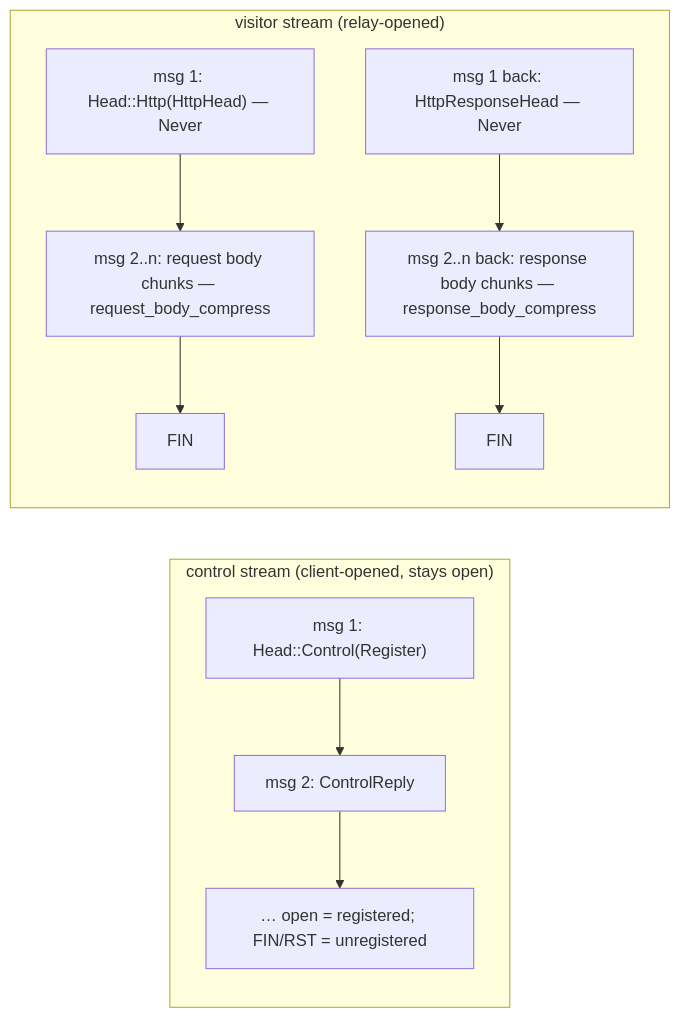
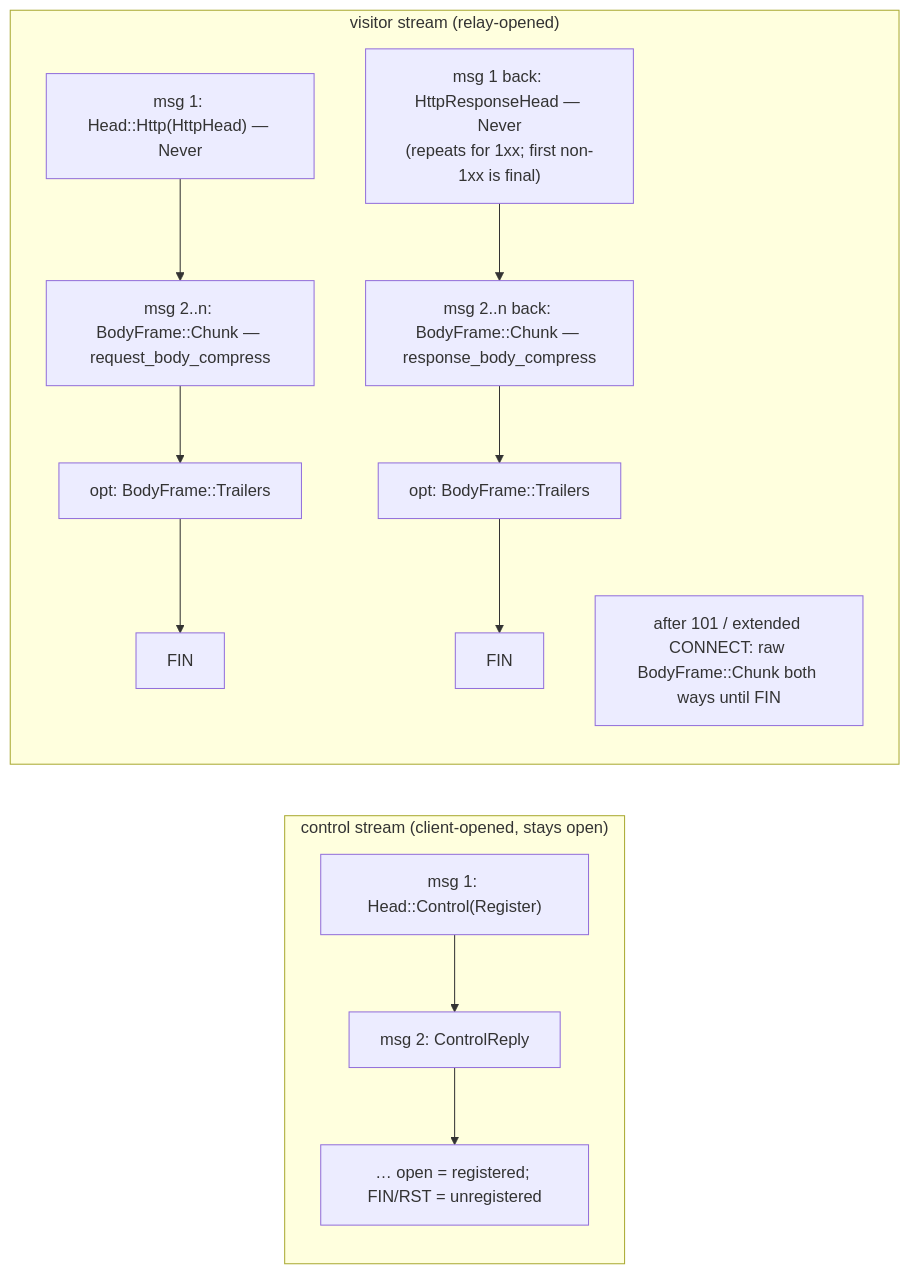
The ninth of 13 diagrams in docs/architecture.md (OffworldNexus/tunnel-weaver), drawn with Mermaid before and after one commit. The commit also changed other lines of this file and 32 other files, not shown here.

````diff
--- a/docs/architecture.md
+++ b/docs/architecture.md
@@ -371,10 +390,11 @@
 ```mermaid
 flowchart LR
     subgraph control["control stream (client-opened, stays open)"]
         c1["msg 1: Head::Control(Register)"] --> c2["msg 2: ControlReply"] --> c3["… open = registered; FIN/RST = unregistered"]
     end
     subgraph visitor["visitor stream (relay-opened)"]
-        v1["msg 1: Head::Http(HttpHead) — Never"] --> v2["msg 2..n: request body chunks — request_body_compress"] --> v3["FIN"]
-        v4["msg 1 back: HttpResponseHead — Never"] --> v5["msg 2..n back: response body chunks — response_body_compress"] --> v6["FIN"]
+        v1["msg 1: Head::Http(HttpHead) — Never"] --> v2["msg 2..n: BodyFrame::Chunk — request_body_compress"] --> v3["opt: BodyFrame::Trailers"] --> v4["FIN"]
+        v5["msg 1 back: HttpResponseHead — Never<br/>(repeats for 1xx; first non-1xx is final)"] --> v6["msg 2..n back: BodyFrame::Chunk — response_body_compress"] --> v7["opt: BodyFrame::Trailers"] --> v8["FIN"]
+        v9["after 101 / extended CONNECT: raw BodyFrame::Chunk both ways until FIN"]
     end
 ```
````
